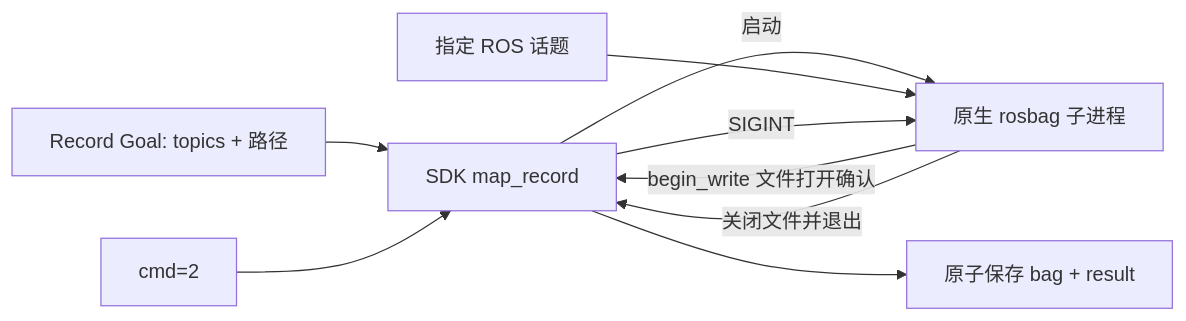
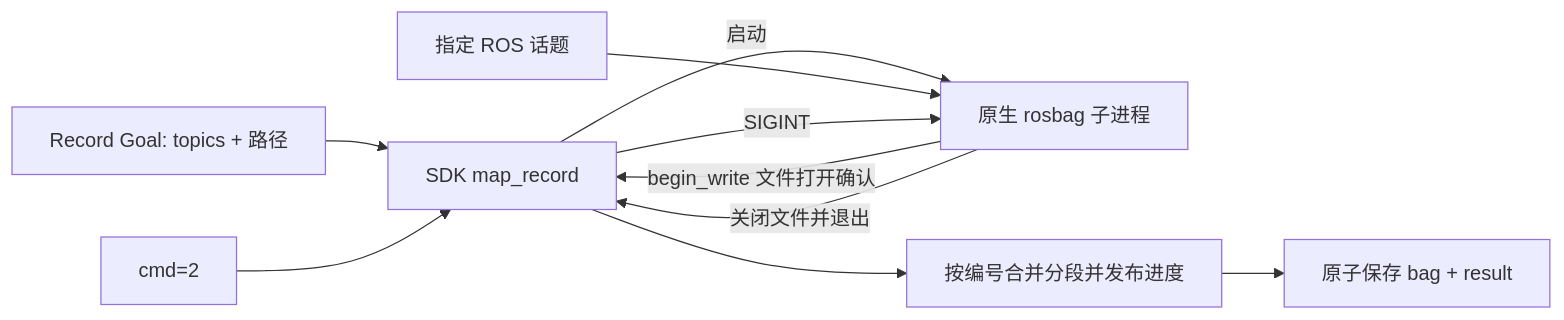
One commit to QGDuan/Spikive-Control-SDK changed the diagram in docs/README_录包.md. Above: the diagram before and after it, drawn with Mermaid. The commit also changed other lines of this file and 7 other files, not shown here.

````diff
--- a/docs/README_录包.md
+++ b/docs/README_录包.md
@@ -72,11 +76,12 @@
 ```mermaid
 flowchart LR
   CLI[Record Goal: topics + 路径] --> SDK[SDK map_record]
   SDK -->|启动| Worker[原生 rosbag 子进程]
   Topics[指定 ROS 话题] --> Worker
   Worker -->|begin_write 文件打开确认| SDK
   Stop[cmd=2] --> SDK
   SDK -->|SIGINT| Worker
   Worker -->|关闭文件并退出| SDK
-  SDK --> Bag[原子保存 bag + result]
+  SDK --> Merge[按编号合并分段并发布进度]
+  Merge --> Bag[原子保存 bag + result]
 ```
````
